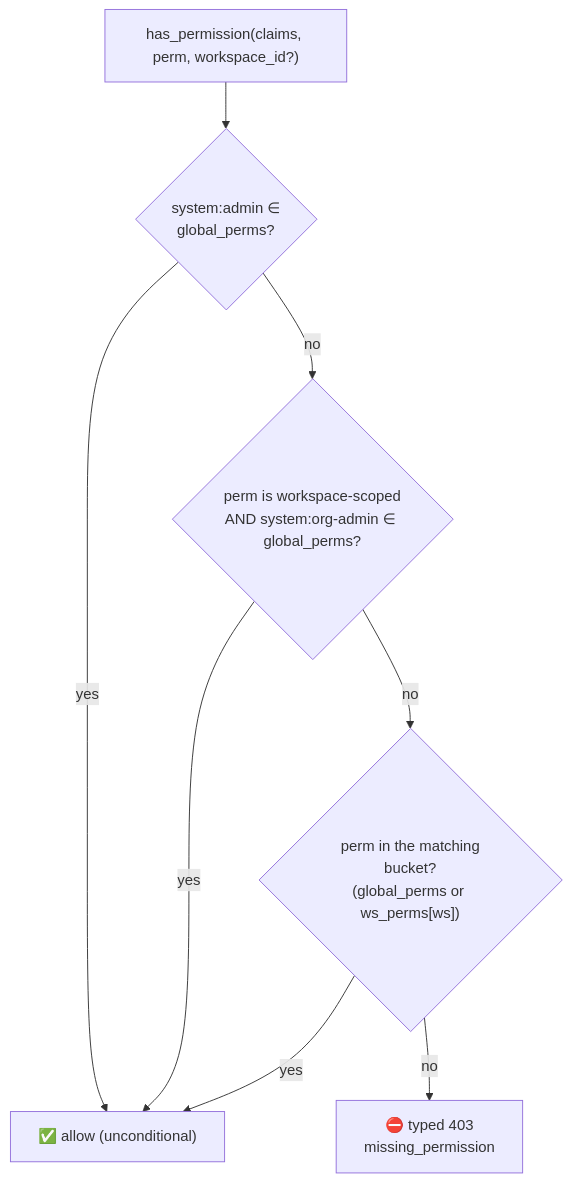
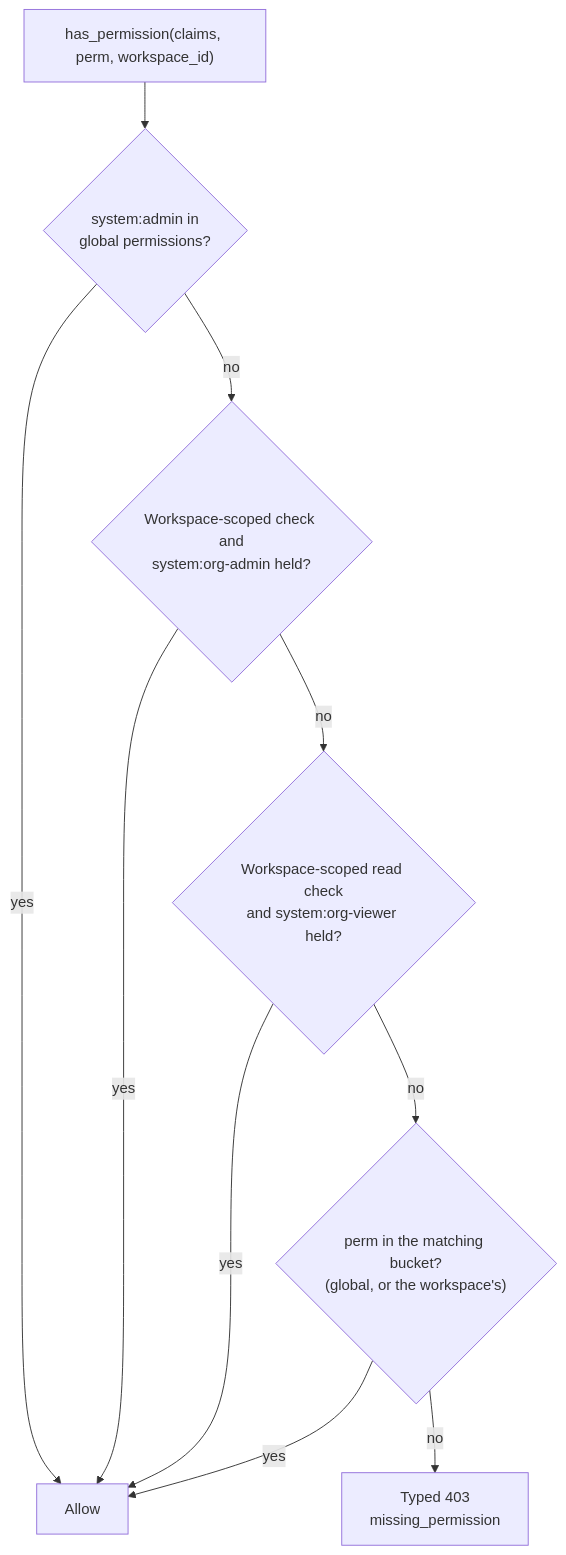
Before and after one commit to rkrumins/dataviz: the diagram in docs/RBAC.md, drawn with Mermaid. The commit also changed other lines of this file and 5 other files, not shown here.

````diff
--- a/docs/RBAC.md
+++ b/docs/RBAC.md
@@ -205,10 +262,12 @@
 ```mermaid
-flowchart TD
-    Q["has_permission(claims, perm, workspace_id?)"] --> A{"system:admin ∈<br/>global_perms?"}
-    A -->|"yes"| ALLOW["✅ allow (unconditional)"]
-    A -->|"no"| B{"perm is workspace-scoped<br/>AND system:org-admin ∈ global_perms?"}
+flowchart TB
+    Q["has_permission(claims, perm, workspace_id)"] --> A{"system:admin in<br/>global permissions?"}
+    A -->|"yes"| ALLOW["Allow"]
+    A -->|"no"| B{"Workspace-scoped check and<br/>system:org-admin held?"}
     B -->|"yes"| ALLOW
-    B -->|"no"| C{"perm in the matching<br/>bucket?<br/>(global_perms or ws_perms[ws])"}
+    B -->|"no"| C{"Workspace-scoped read check<br/>and system:org-viewer held?"}
     C -->|"yes"| ALLOW
-    C -->|"no"| DENY["⛔ typed 403<br/>missing_permission"]
+    C -->|"no"| D{"perm in the matching bucket?<br/>(global, or the workspace's)"}
+    D -->|"yes"| ALLOW
+    D -->|"no"| DENY["Typed 403<br/>missing_permission"]
 ```
````
